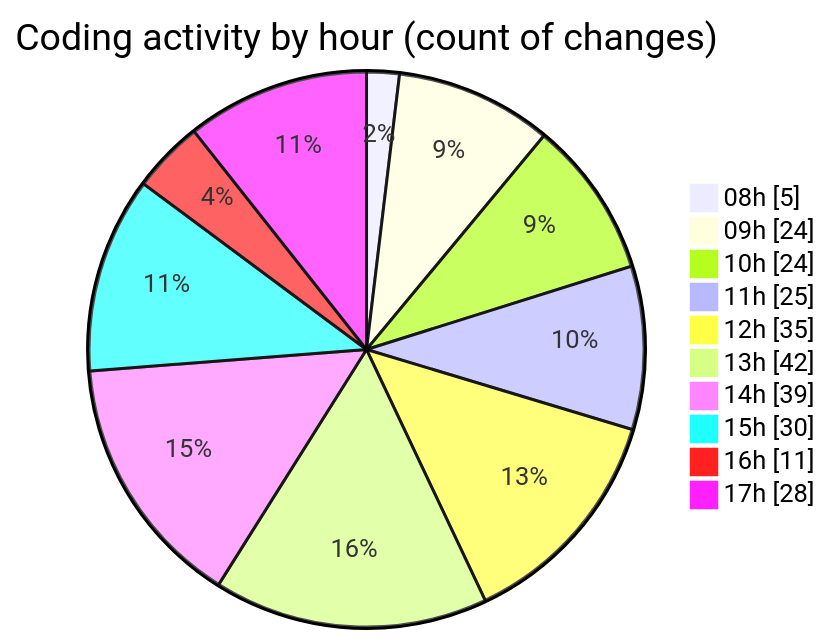
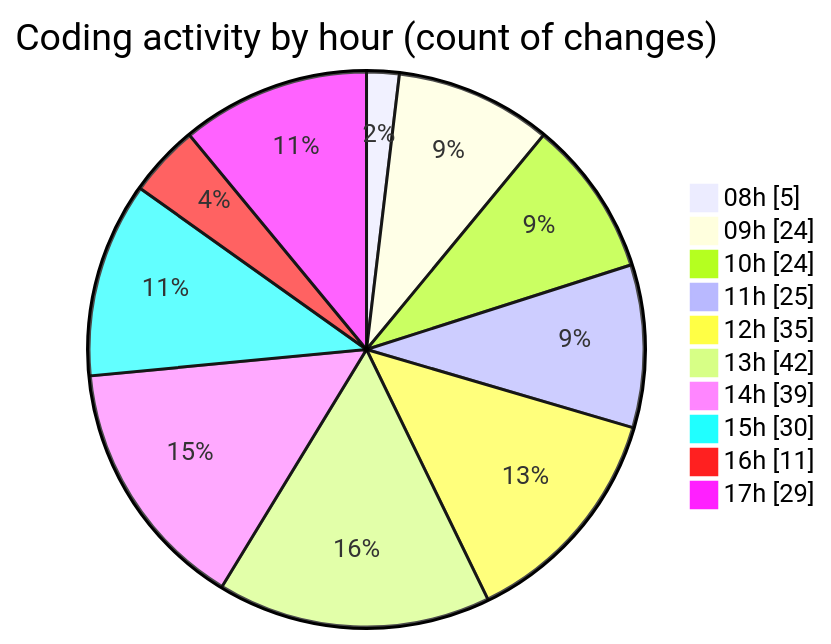
The second of 2 diagrams in 2025-11-24/cda/README.md (momahboobian/code-tracking), drawn with Mermaid before and after one commit. The commit also changed other lines of this file and 1 other file, not shown here.

````diff
--- a/2025-11-24/cda/README.md
+++ b/2025-11-24/cda/README.md
@@ -47,14 +47,14 @@
 ```mermaid
 pie showData
 title Coding activity by hour (count of changes)
 "08h" : 5
 "09h" : 24
 "10h" : 24
 "11h" : 25
 "12h" : 35
 "13h" : 42
 "14h" : 39
 "15h" : 30
 "16h" : 11
-"17h" : 28
+"17h" : 29
 ```
````
